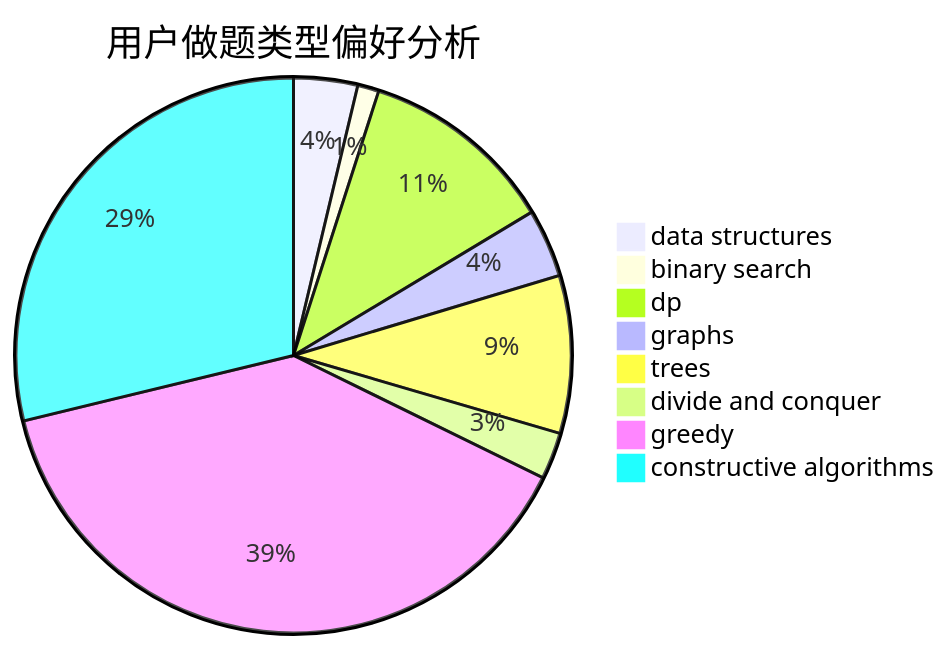
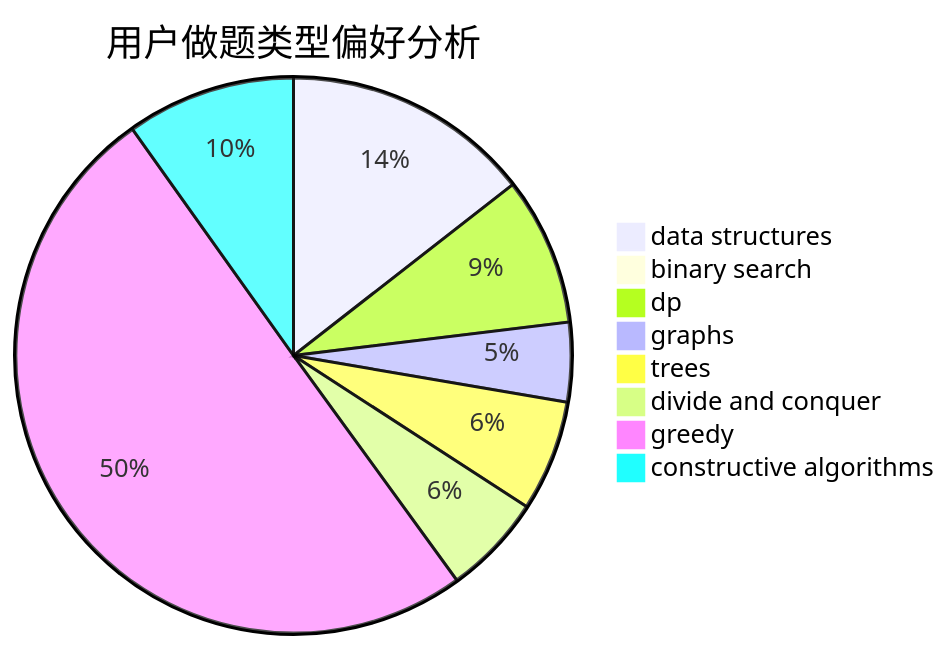
Before and after one commit to sherpahu/cfrs.github.io: the second of 3 diagrams in docs/user/u2627.md, drawn with Mermaid. The commit also changed other lines of this file and 2770 other files, not shown here.

````diff
--- a/docs/user/u2627.md
+++ b/docs/user/u2627.md
@@ -23,11 +23,11 @@
 ```mermaid
 pie title 用户做题类型偏好分析
-    "data structures" :  15
-    "binary search" :  5
-    "dp" :  46
-    "graphs" :  16
-    "trees" :  37
-    "divide and conquer" :  11
-    "greedy" :  157
-    "constructive algorithms" :  116
+    "data structures" :  47
+    "binary search" :  2
+    "dp" :  28
+    "graphs" :  15
+    "trees" :  21
+    "divide and conquer" :  19
+    "greedy" :  163
+    "constructive algorithms" :  32
 ```
````
